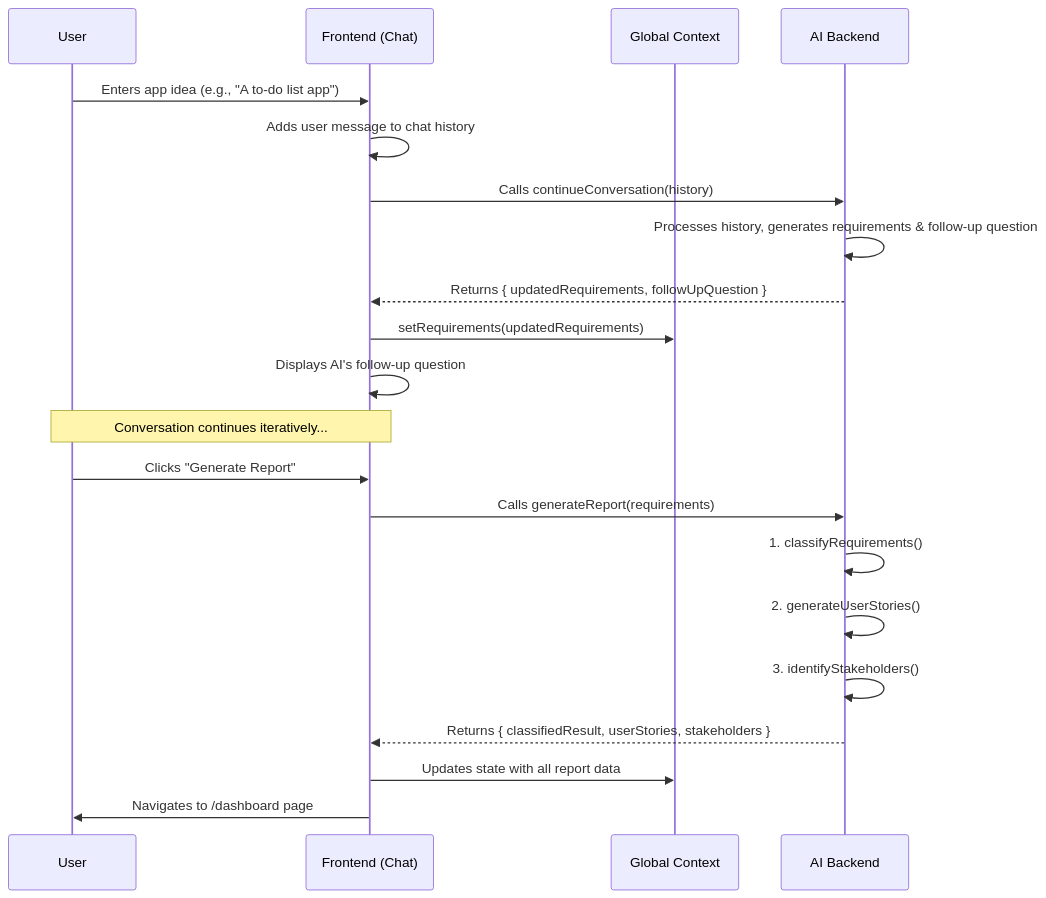
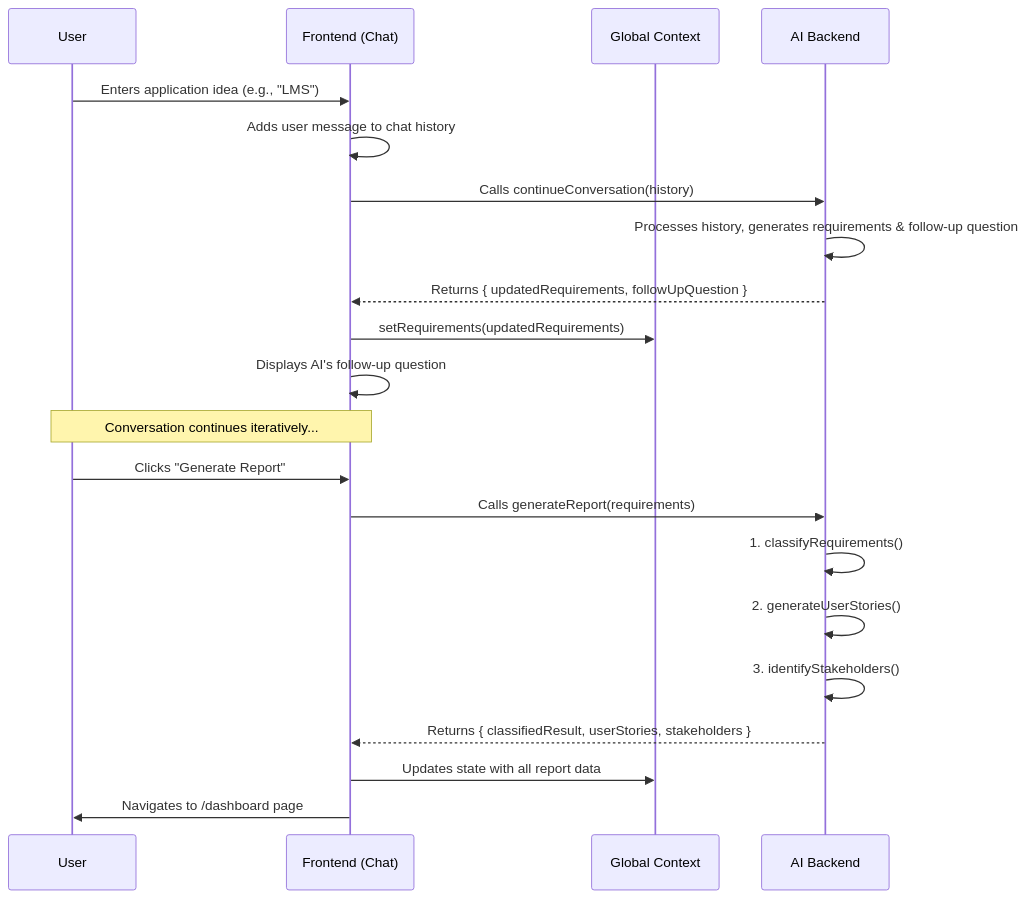
Before and after one commit to Ahmed291005/ReqArchitect: the diagram in Report.md, drawn with Mermaid.

Commit message:
Update user input description in Report.md

````diff
--- a/Report.md
+++ b/Report.md
@@ -118,26 +118,26 @@
 ```mermaid
 sequenceDiagram
     participant User
     participant ChatView as Frontend (Chat)
     participant AppState as Global Context
     participant Genkit as AI Backend
 
-    User->>ChatView: Enters app idea (e.g., "A to-do list app")
+    User->>ChatView: Enters application idea (e.g., "LMS")
     ChatView->>ChatView: Adds user message to chat history
     ChatView->>Genkit: Calls continueConversation(history)
     Genkit->>Genkit: Processes history, generates requirements & follow-up question
     Genkit-->>ChatView: Returns { updatedRequirements, followUpQuestion }
     ChatView->>AppState: setRequirements(updatedRequirements)
     ChatView->>ChatView: Displays AI's follow-up question
     
     Note over User, ChatView: Conversation continues iteratively...
 
     User->>ChatView: Clicks "Generate Report"
     ChatView->>Genkit: Calls generateReport(requirements)
     Genkit->>Genkit: 1. classifyRequirements()
     Genkit->>Genkit: 2. generateUserStories()
     Genkit->>Genkit: 3. identifyStakeholders()
     Genkit-->>ChatView: Returns { classifiedResult, userStories, stakeholders }
     ChatView->>AppState: Updates state with all report data
     ChatView->>User: Navigates to /dashboard page
 ```
````
